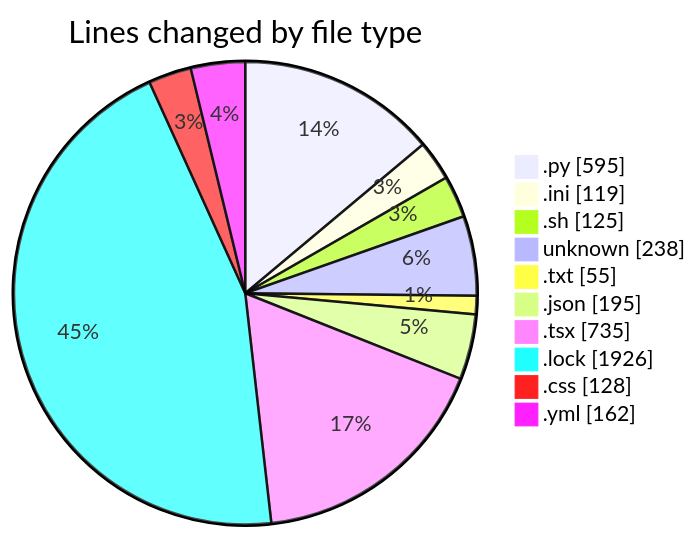
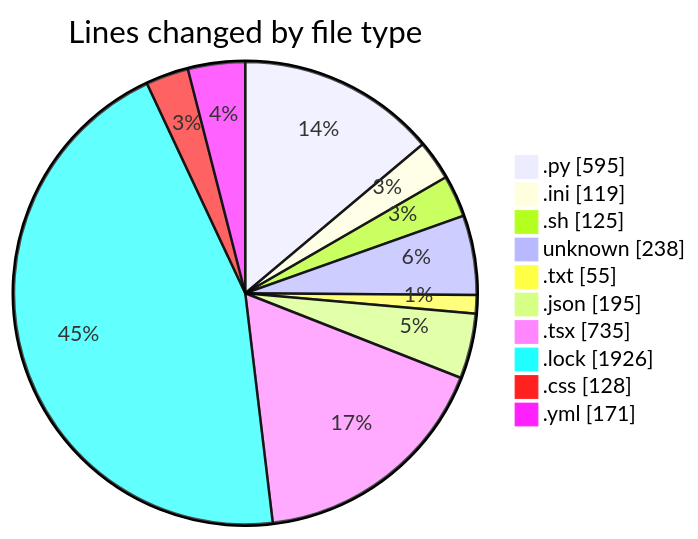
The first of 2 diagrams in 2025-05-12/niten/README.md (Elitesun/code-tracking), drawn with Mermaid before and after one commit. The commit also changed other lines of this file and 1 other file, not shown here.

````diff
--- a/2025-05-12/niten/README.md
+++ b/2025-05-12/niten/README.md
@@ -38,14 +38,14 @@
 ```mermaid
 pie showData
 title Lines changed by file type
 ".py" : 595
 ".ini" : 119
 ".sh" : 125
 "unknown" : 238
 ".txt" : 55
 ".json" : 195
 ".tsx" : 735
 ".lock" : 1926
 ".css" : 128
-".yml" : 162
+".yml" : 171
 ```
````
